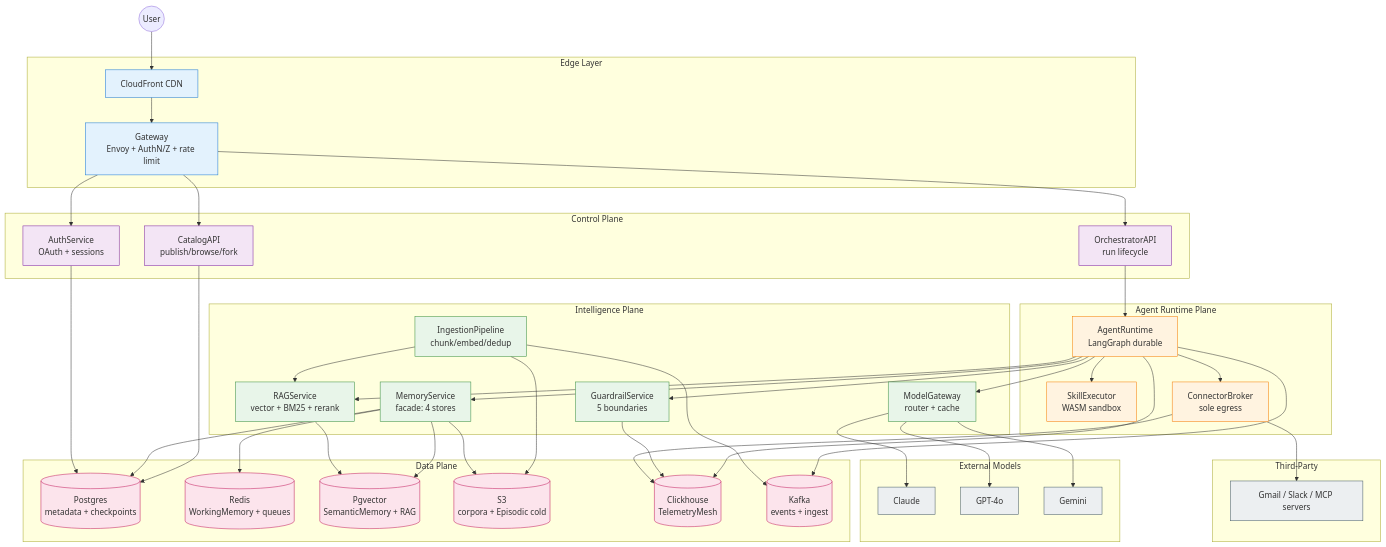
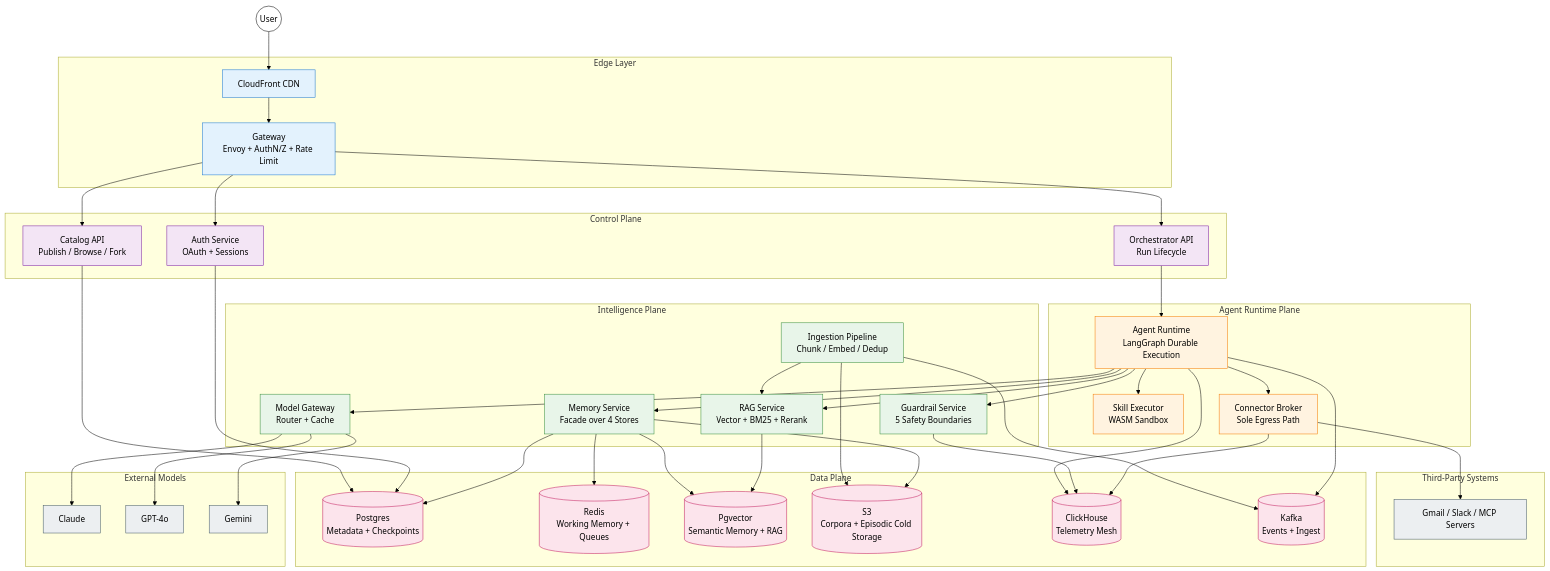
One commit to sumansaurabh/claude-resume-skills changed the diagram in design-packs/2026-05-27-b2c-agent-orchestrator-platform/01-executive-summary.md. Above: the diagram before and after it, drawn with Mermaid. The commit also changed other lines of this file, not shown here.

Commit message:
fix: update executive summary for clarity and consistency in design decisions

````diff
--- a/design-packs/2026-05-27-b2c-agent-orchestrator-platform/01-executive-summary.md
+++ b/design-packs/2026-05-27-b2c-agent-orchestrator-platform/01-executive-summary.md
@@ -107,56 +55,61 @@
 ```mermaid
+%%{init: {'themeVariables': { 'primaryTextColor': '#000', 'textColor': '#000', 'lineColor': '#000', 'fontFamily': 'Inter' }}}%%
+
 graph TB
+
   subgraph Edge["Edge Layer"]
-    CDN[CloudFront CDN]
-    GW[Gateway<br/>Envoy + AuthN/Z + rate limit]
+    CDN["CloudFront CDN"]
+    GW["Gateway<br/>Envoy + AuthN/Z + Rate Limit"]
   end
 
   subgraph Control["Control Plane"]
-    ORCH[OrchestratorAPI<br/>run lifecycle]
-    CAT[CatalogAPI<br/>publish/browse/fork]
-    AUTH[AuthService<br/>OAuth + sessions]
+    ORCH["Orchestrator API<br/>Run Lifecycle"]
+    CAT["Catalog API<br/>Publish / Browse / Fork"]
+    AUTH["Auth Service<br/>OAuth + Sessions"]
   end
 
   subgraph Runtime["Agent Runtime Plane"]
-    RT[AgentRuntime<br/>LangGraph durable]
-    SKILL[SkillExecutor<br/>WASM sandbox]
-    CONN[ConnectorBroker<br/>sole egress]
+    RT["Agent Runtime<br/>LangGraph Durable Execution"]
+    SKILL["Skill Executor<br/>WASM Sandbox"]
+    CONN["Connector Broker<br/>Sole Egress Path"]
   end
 
   subgraph Intelligence["Intelligence Plane"]
-    MEM[MemoryService<br/>facade: 4 stores]
-    RAG[RAGService<br/>vector + BM25 + rerank]
-    ING[IngestionPipeline<br/>chunk/embed/dedup]
-    MG[ModelGateway<br/>router + cache]
-    GUARD[GuardrailService<br/>5 boundaries]
+    MEM["Memory Service<br/>Facade over 4 Stores"]
+    RAG["RAG Service<br/>Vector + BM25 + Rerank"]
+    ING["Ingestion Pipeline<br/>Chunk / Embed / Dedup"]
+    MG["Model Gateway<br/>Router + Cache"]
+    GUARD["Guardrail Service<br/>5 Safety Boundaries"]
   end
 
   subgraph Stores["Data Plane"]
-    PG[(Postgres<br/>metadata + checkpoints)]
-    REDIS[(Redis<br/>WorkingMemory + queues)]
-    PGV[(Pgvector<br/>SemanticMemory + RAG)]
-    S3[(S3<br/>corpora + Episodic cold)]
-    CH[(Clickhouse<br/>TelemetryMesh)]
-    KAFKA[(Kafka<br/>events + ingest)]
+    PG[("Postgres<br/>Metadata + Checkpoints")]
+    REDIS[("Redis<br/>Working Memory + Queues")]
+    PGV[("Pgvector<br/>Semantic Memory + RAG")]
+    S3[("S3<br/>Corpora + Episodic Cold Storage")]
+    CH[("ClickHouse<br/>Telemetry Mesh")]
+    KAFKA[("Kafka<br/>Events + Ingest")]
   end
 
   subgraph Models["External Models"]
-    CLAUDE[Claude]
-    GPT[GPT-4o]
-    GEM[Gemini]
+    CLAUDE["Claude"]
+    GPT["GPT-4o"]
+    GEM["Gemini"]
   end
 
-  subgraph Third["Third-Party"]
-    GMAIL[Gmail / Slack / MCP servers]
+  subgraph ThirdParty["Third-Party Systems"]
+    GMAIL["Gmail / Slack / MCP Servers"]
   end
 
-  User((User)) --> CDN --> GW
+  User(("User")) --> CDN --> GW
+
   GW --> AUTH
   GW --> ORCH
   GW --> CAT
 
   ORCH --> RT
   CAT --> PG
+  AUTH --> PG
 
   RT --> SKILL
   RT --> CONN
@@ -167,6 +120,7 @@
 
   ING --> RAG
   ING --> S3
+  ING --> KAFKA
 
   MEM --> PG
   MEM --> REDIS
@@ -176,6 +130,7 @@
   RAG --> PGV
 
   CONN --> GMAIL
+
   MG --> CLAUDE
   MG --> GPT
   MG --> GEM
@@ -185,20 +140,20 @@
   CONN --> CH
 
   RT --> KAFKA
-  ING --> KAFKA
-  AUTH --> PG
 
-  classDef edge fill:#e3f2fd,stroke:#1976d2
-  classDef ctrl fill:#f3e5f5,stroke:#7b1fa2
-  classDef rt fill:#fff3e0,stroke:#f57c00
-  classDef intel fill:#e8f5e9,stroke:#388e3c
-  classDef store fill:#fce4ec,stroke:#c2185b
-  classDef ext fill:#eceff1,stroke:#455a64
+  classDef edge fill:#e3f2fd,stroke:#1976d2,color:#000
+  classDef ctrl fill:#f3e5f5,stroke:#7b1fa2,color:#000
+  classDef runtime fill:#fff3e0,stroke:#f57c00,color:#000
+  classDef intel fill:#e8f5e9,stroke:#388e3c,color:#000
+  classDef store fill:#fce4ec,stroke:#c2185b,color:#000
+  classDef external fill:#eceff1,stroke:#455a64,color:#000
+  classDef user fill:#ffffff,stroke:#000000,color:#000
 
   class CDN,GW edge
   class ORCH,CAT,AUTH ctrl
-  class RT,SKILL,CONN rt
+  class RT,SKILL,CONN runtime
   class MEM,RAG,ING,MG,GUARD intel
   class PG,REDIS,PGV,S3,CH,KAFKA store
-  class CLAUDE,GPT,GEM,GMAIL ext
+  class CLAUDE,GPT,GEM,GMAIL external
+  class User user
 ```
````
